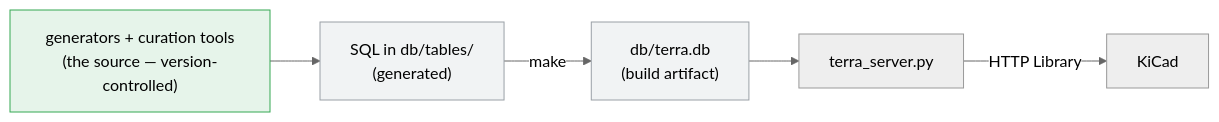
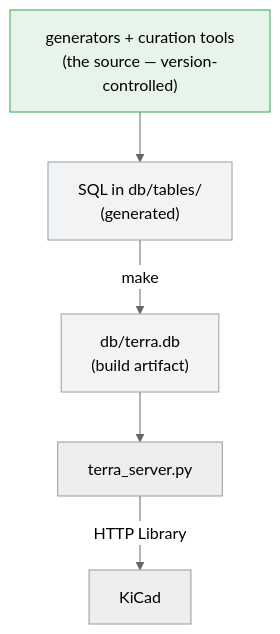
The diagram in README.md (dfnr2/terra-eda-library), drawn with Mermaid (neutral theme) before and after one commit. The commit also changed other lines of this file, not shown here.

````diff
--- a/README.md
+++ b/README.md
@@ -20,18 +20,18 @@
 ```mermaid
-flowchart LR
+flowchart TD
     src["generators + curation tools<br/>(the source — version-controlled)"]
     sql["SQL in db/tables/<br/>(generated)"]
     db["db/terra.db<br/>(build artifact)"]
     srv["terra_server.py"]
     kicad["KiCad"]
 
     src --> sql
     sql -->|make| db
     db --> srv
     srv -->|HTTP Library| kicad
 
     classDef source fill:#e6f4ea,stroke:#34a853,color:#000;
     classDef gen fill:#f1f3f4,stroke:#9aa0a6,color:#000;
     class src source;
     class sql,db gen;
 ```
````
